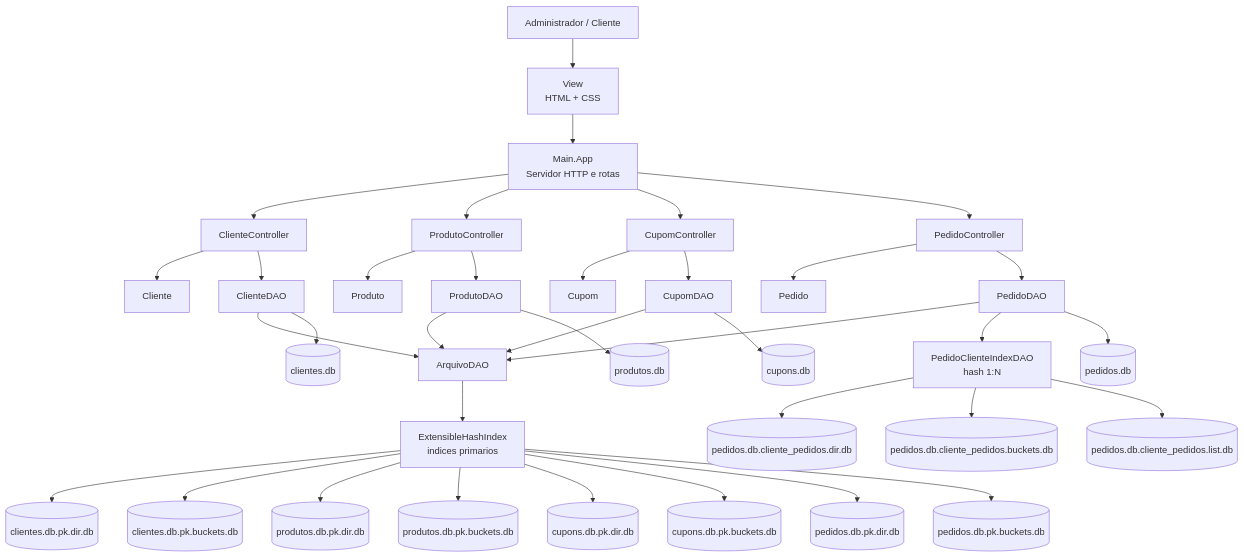
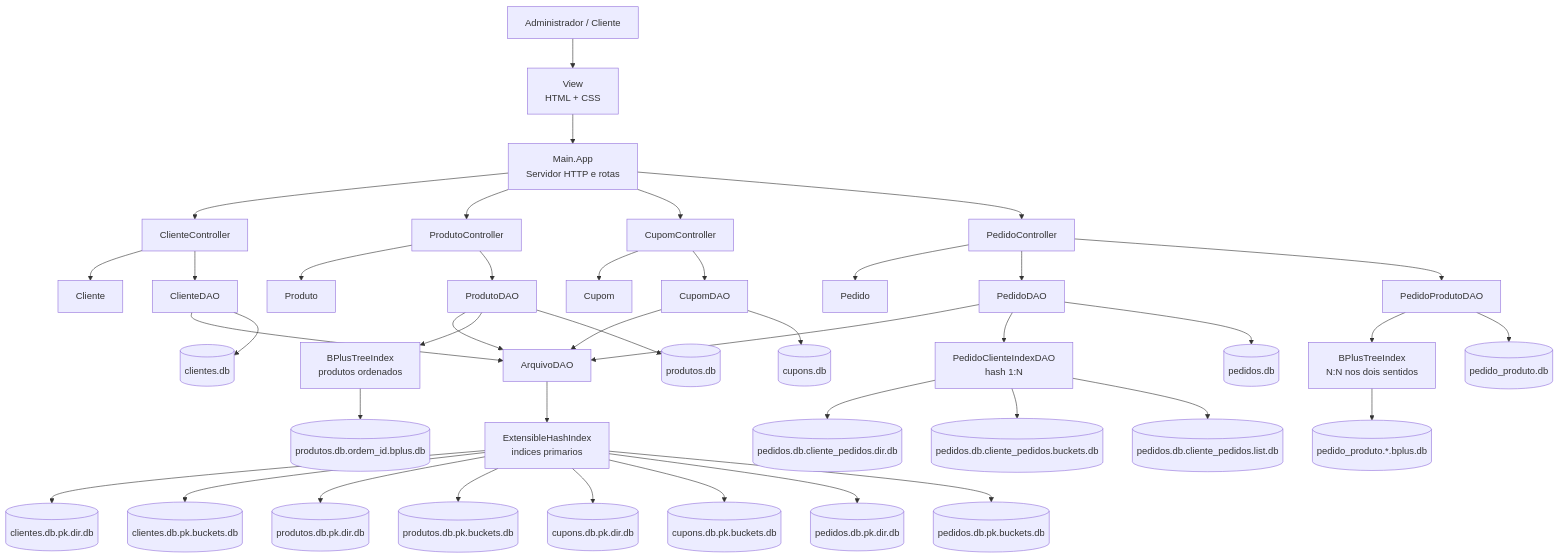
Before and after one commit to lucaszanfa/Tp-Aedes3: the diagram in docs/ArquiteturaProposta.md, drawn with Mermaid. The commit also changed other lines of this file and 18 other files, not shown here.

````diff
--- a/docs/ArquiteturaProposta.md
+++ b/docs/ArquiteturaProposta.md
@@ -85,46 +93,52 @@
 ```mermaid
 flowchart TD
     U[Administrador / Cliente] --> V[View<br/>HTML + CSS]
     V --> A[Main.App<br/>Servidor HTTP e rotas]
 
     A --> CC[ClienteController]
     A --> PC[ProdutoController]
     A --> CuC[CupomController]
     A --> PeC[PedidoController]
 
     CC --> M1[Cliente]
     PC --> M2[Produto]
     CuC --> M3[Cupom]
     PeC --> M4[Pedido]
 
     CC --> D1[ClienteDAO]
     PC --> D2[ProdutoDAO]
     CuC --> D3[CupomDAO]
     PeC --> D4[PedidoDAO]
+    PeC --> D5[PedidoProdutoDAO]
 
     D1 --> A1[ArquivoDAO]
     D2 --> A1
     D3 --> A1
     D4 --> A1
+    D5 --> B1[BPlusTreeIndex<br/>N:N nos dois sentidos]
+    D2 --> B2[BPlusTreeIndex<br/>produtos ordenados]
 
     A1 --> H1[ExtensibleHashIndex<br/>indices primarios]
     D4 --> R1[PedidoClienteIndexDAO<br/>hash 1:N]
 
     D1 --> F1[(clientes.db)]
     D2 --> F2[(produtos.db)]
     D3 --> F3[(cupons.db)]
     D4 --> F4[(pedidos.db)]
+    D5 --> F5[(pedido_produto.db)]
 
     H1 --> I1[(clientes.db.pk.dir.db)]
     H1 --> I2[(clientes.db.pk.buckets.db)]
     H1 --> I3[(produtos.db.pk.dir.db)]
     H1 --> I4[(produtos.db.pk.buckets.db)]
     H1 --> I5[(cupons.db.pk.dir.db)]
     H1 --> I6[(cupons.db.pk.buckets.db)]
     H1 --> I7[(pedidos.db.pk.dir.db)]
     H1 --> I8[(pedidos.db.pk.buckets.db)]
 
     R1 --> R2[(pedidos.db.cliente_pedidos.dir.db)]
     R1 --> R3[(pedidos.db.cliente_pedidos.buckets.db)]
     R1 --> R4[(pedidos.db.cliente_pedidos.list.db)]
+    B1 --> B3[(pedido_produto.*.bplus.db)]
+    B2 --> B4[(produtos.db.ordem_id.bplus.db)]
 ```
````
